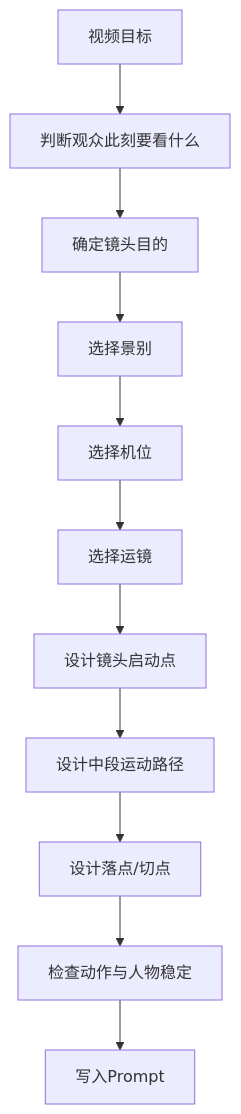
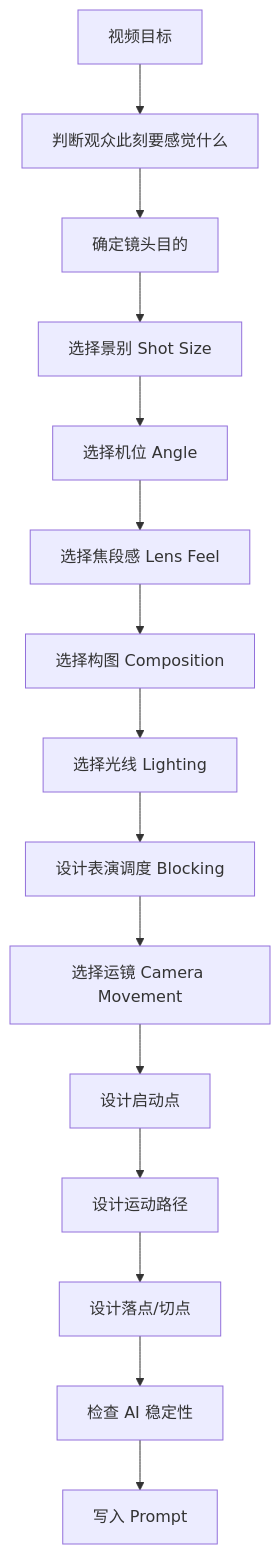
Before and after one commit to ymhomer/dreamina-director-studio: the diagram in kb_04_运镜与分镜语言库.md, drawn with Mermaid. The commit also changed other lines of this file, not shown here.

````diff
--- a/kb_04_运镜与分镜语言库.md
+++ b/kb_04_运镜与分镜语言库.md
@@ -30,13 +132,17 @@
 ```mermaid
 flowchart TD
-    A[视频目标] --> B[判断观众此刻要看什么]
+    A[视频目标] --> B[判断观众此刻要感觉什么]
     B --> C[确定镜头目的]
-    C --> D[选择景别]
-    D --> E[选择机位]
-    E --> F[选择运镜]
-    F --> G[设计镜头启动点]
-    G --> H[设计中段运动路径]
-    H --> I[设计落点/切点]
-    I --> J[检查动作与人物稳定]
-    J --> K[写入Prompt]
+    C --> D[选择景别 Shot Size]
+    D --> E[选择机位 Angle]
+    E --> F[选择焦段感 Lens Feel]
+    F --> G[选择构图 Composition]
+    G --> H[选择光线 Lighting]
+    H --> I[设计表演调度 Blocking]
+    I --> J[选择运镜 Camera Movement]
+    J --> K[设计启动点]
+    K --> L[设计运动路径]
+    L --> M[设计落点/切点]
+    M --> N[检查 AI 稳定性]
+    N --> O[写入 Prompt]
 ```
````
